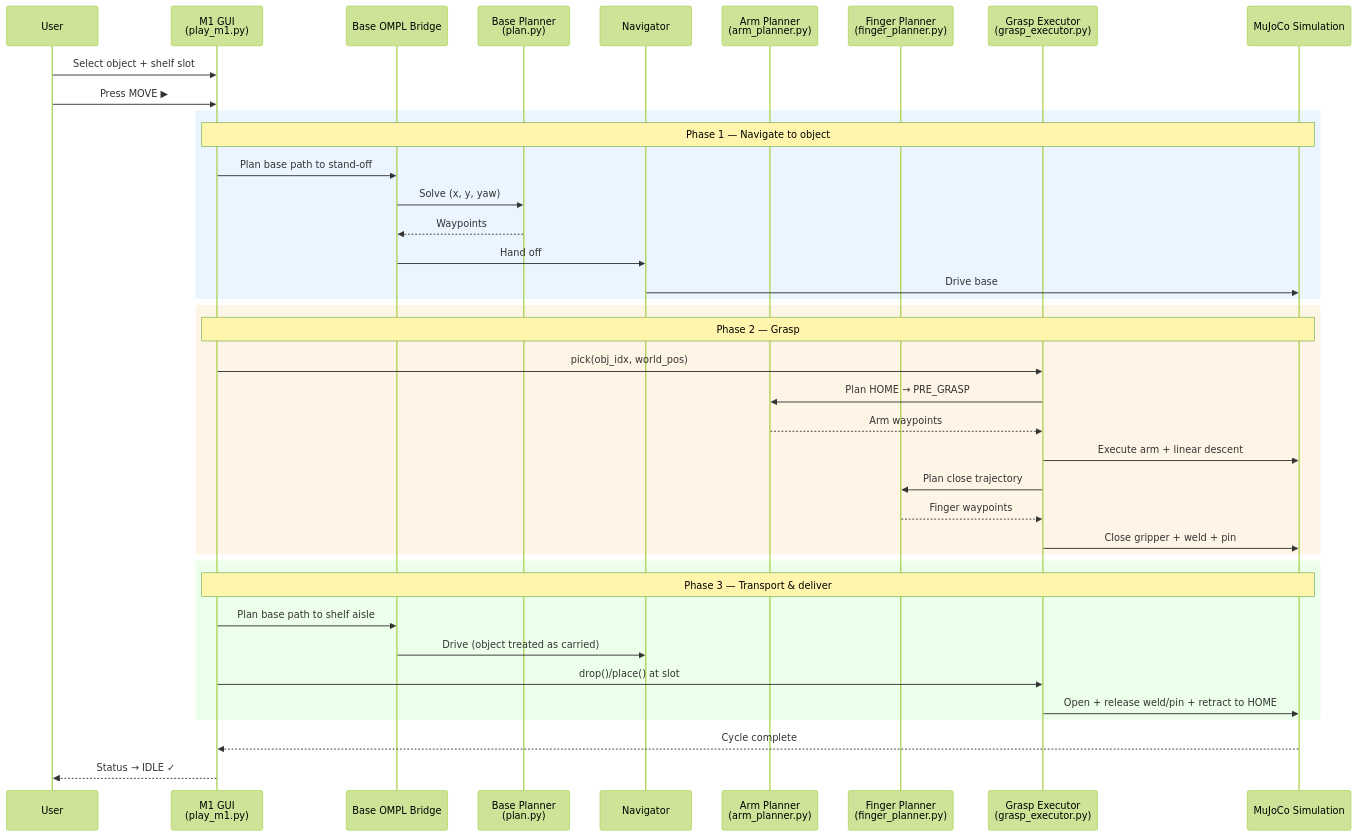
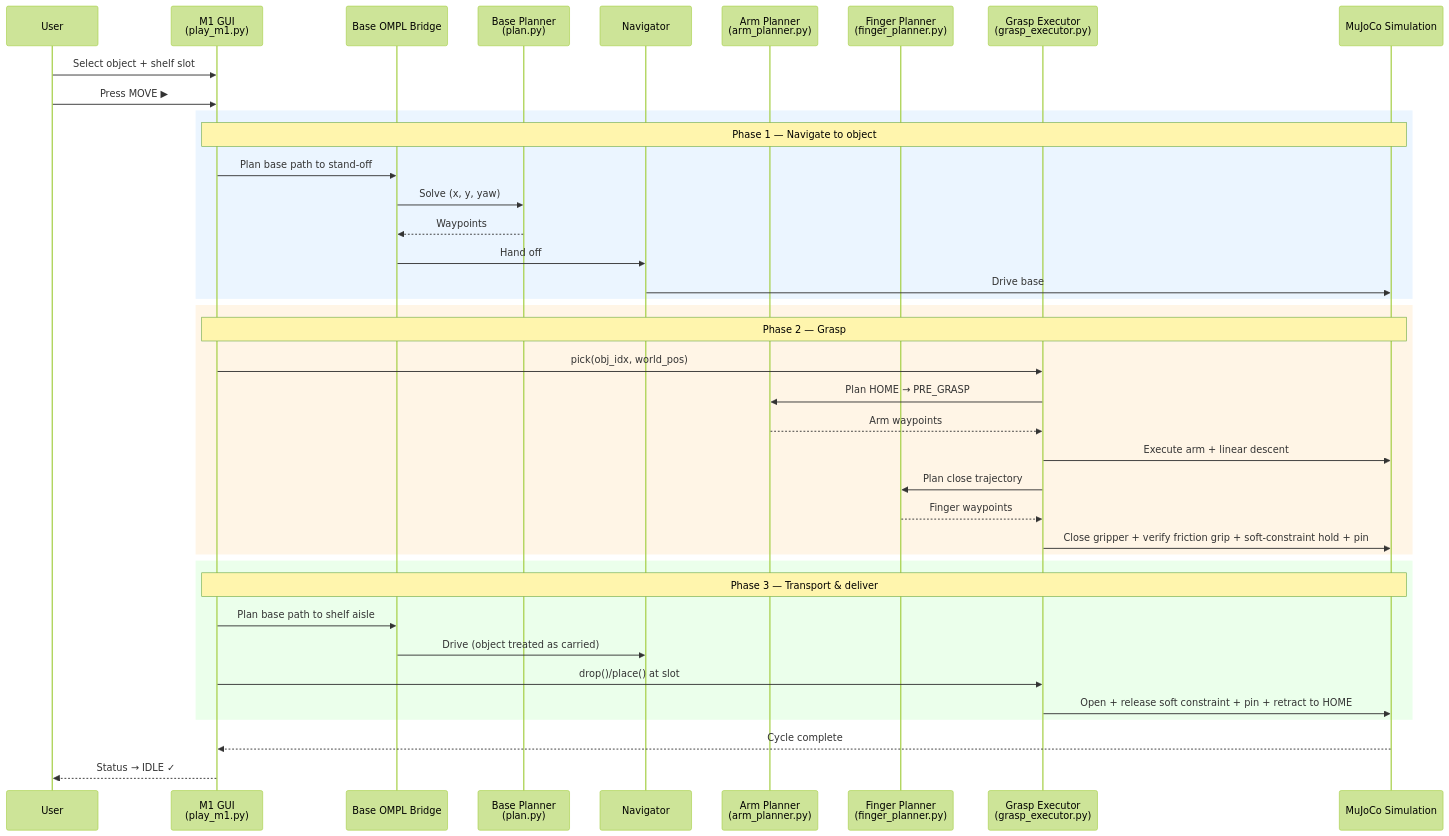
Before and after one commit to obotx/motion-planning: the diagram in README.md, drawn with Mermaid (forest theme). The commit also changed other lines of this file and 13 other files, not shown here.

Commit message:
Friction-based pickup: verify gate, contact tuning, side-grip calibration

````diff
--- a/README.md
+++ b/README.md
@@ -201,46 +215,46 @@
 ```mermaid
 sequenceDiagram
     participant User
     participant GUI as M1 GUI<br/>(play_m1.py)
     participant BaseBridge as Base OMPL Bridge
     participant BasePlan as Base Planner<br/>(plan.py)
     participant Nav as Navigator
     participant ArmBridge as Arm Planner<br/>(arm_planner.py)
     participant Fingers as Finger Planner<br/>(finger_planner.py)
     participant Exec as Grasp Executor<br/>(grasp_executor.py)
     participant Sim as MuJoCo Simulation
 
     User->>GUI: Select object + shelf slot
     User->>GUI: Press MOVE ▶
 
     rect rgb(235, 245, 255)
     Note over GUI,Sim: Phase 1 — Navigate to object
     GUI->>BaseBridge: Plan base path to stand-off
     BaseBridge->>BasePlan: Solve (x, y, yaw)
     BasePlan-->>BaseBridge: Waypoints
     BaseBridge->>Nav: Hand off
     Nav->>Sim: Drive base
     end
 
     rect rgb(255, 245, 230)
     Note over GUI,Sim: Phase 2 — Grasp
     GUI->>Exec: pick(obj_idx, world_pos)
     Exec->>ArmBridge: Plan HOME → PRE_GRASP
     ArmBridge-->>Exec: Arm waypoints
     Exec->>Sim: Execute arm + linear descent
     Exec->>Fingers: Plan close trajectory
     Fingers-->>Exec: Finger waypoints
-    Exec->>Sim: Close gripper + weld + pin
+    Exec->>Sim: Close gripper + verify friction grip + soft-constraint hold + pin
     end
 
     rect rgb(235, 255, 235)
     Note over GUI,Sim: Phase 3 — Transport & deliver
     GUI->>BaseBridge: Plan base path to shelf aisle
     BaseBridge->>Nav: Drive (object treated as carried)
     GUI->>Exec: drop()/place() at slot
-    Exec->>Sim: Open + release weld/pin + retract to HOME
+    Exec->>Sim: Open + release soft constraint + pin + retract to HOME
     end
 
     Sim-->>GUI: Cycle complete
     GUI-->>User: Status → IDLE ✓
 ```
````
